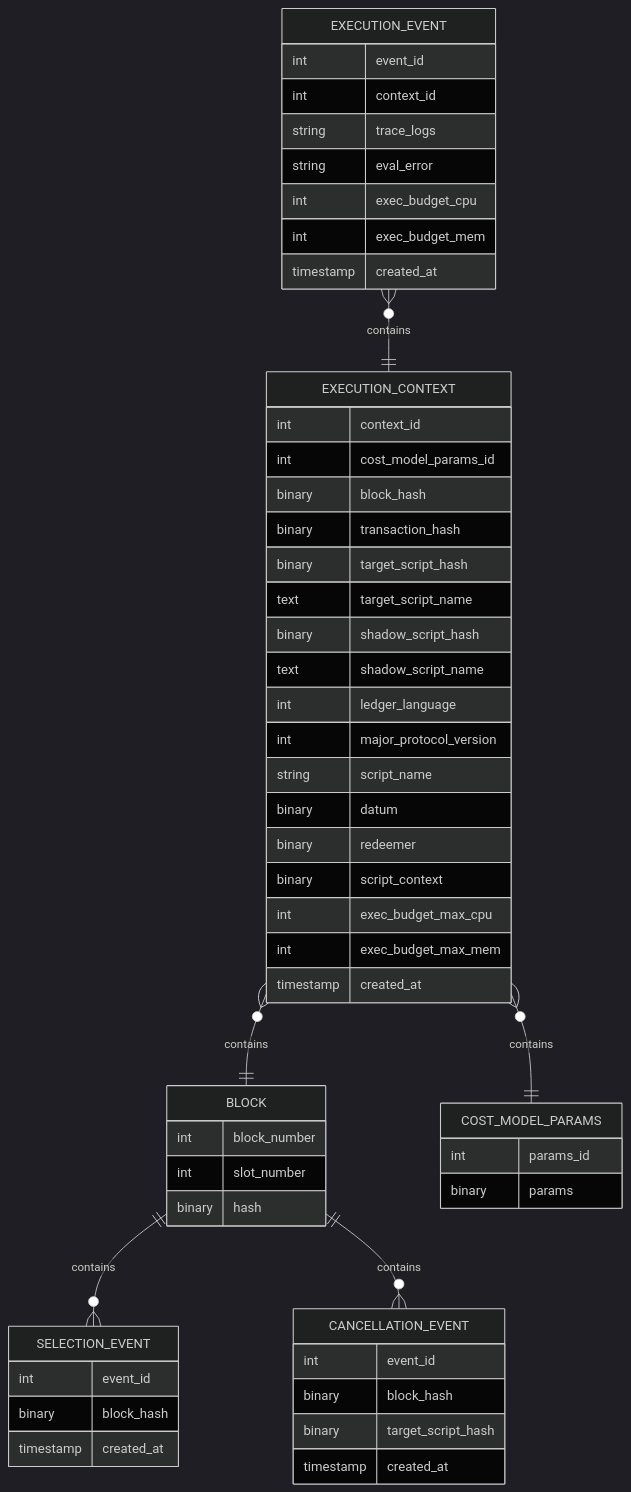
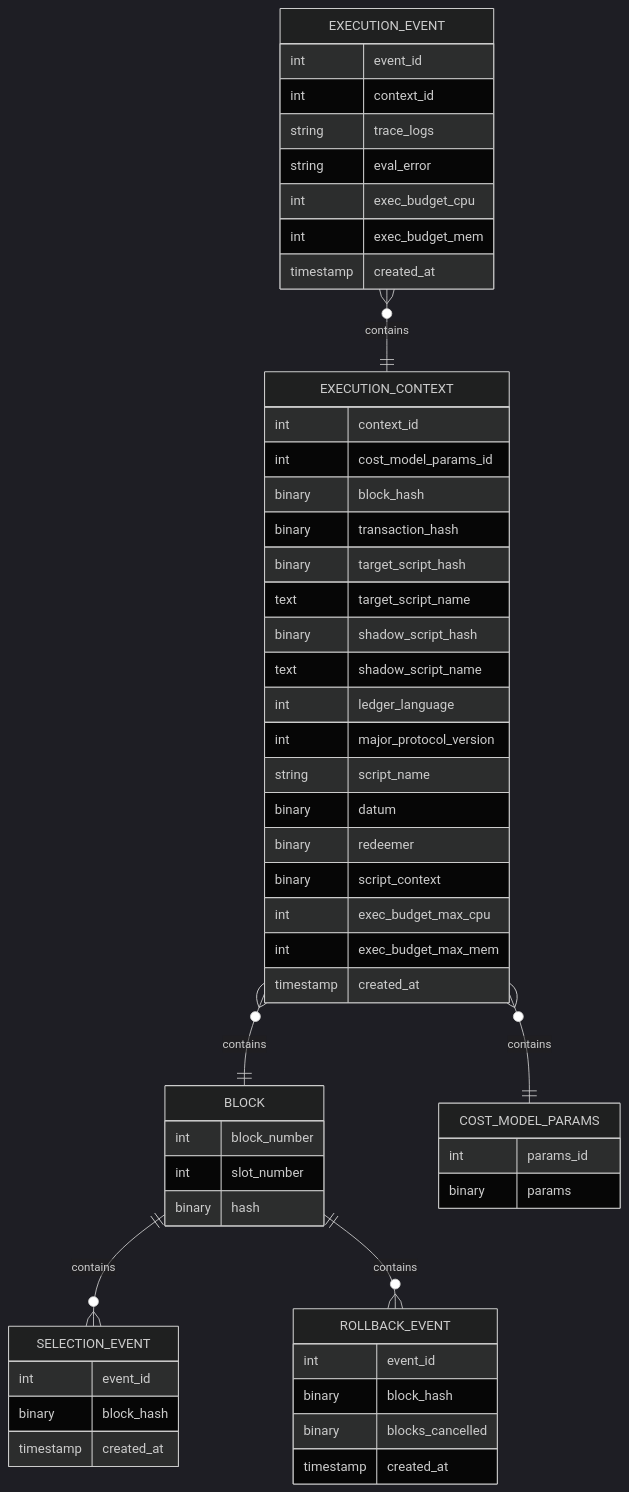
Before and after one commit to tweag/plutus-script-reexecutor: the second of 2 diagrams in docs/specification.md, drawn with Mermaid (dark theme). The commit also changed other lines of this file and 3 other files, not shown here.

Commit message:
Rename cancellation to rollback

````diff
--- a/docs/specification.md
+++ b/docs/specification.md
@@ -470,56 +470,56 @@
 ```mermaid
 erDiagram
     EXECUTION_CONTEXT }o--|| BLOCK : contains
     EXECUTION_EVENT }o--|| EXECUTION_CONTEXT : contains
     EXECUTION_CONTEXT {
         int context_id
         int cost_model_params_id
         binary block_hash
         binary transaction_hash
         binary target_script_hash
         text target_script_name
         binary shadow_script_hash
         text shadow_script_name
         int ledger_language
         int major_protocol_version
         string script_name
-        binary datum 
-        binary redeemer 
+        binary datum
+        binary redeemer
         binary script_context
         int exec_budget_max_cpu
-        int exec_budget_max_mem 
+        int exec_budget_max_mem
         timestamp created_at
     }
     EXECUTION_EVENT {
-        int event_id 
-        int context_id 
+        int event_id
+        int context_id
         string trace_logs
-        string eval_error 
+        string eval_error
         int exec_budget_cpu
-        int exec_budget_mem 
+        int exec_budget_mem
         timestamp created_at
     }
     COST_MODEL_PARAMS {
         int params_id
         binary params
     }
     EXECUTION_CONTEXT }o--|| COST_MODEL_PARAMS : contains
     BLOCK ||--o{ SELECTION_EVENT : contains
-    BLOCK ||--o{ CANCELLATION_EVENT : contains
+    BLOCK ||--o{ ROLLBACK_EVENT : contains
     BLOCK {
         int block_number
         int slot_number
         binary hash
     }
     SELECTION_EVENT {
-        int event_id 
+        int event_id
         binary block_hash
         timestamp created_at
     }
-    CANCELLATION_EVENT {
-        int event_id 
+    ROLLBACK_EVENT {
+        int event_id
         binary block_hash
-        binary target_script_hash 
+        binary blocks_cancelled
         timestamp created_at
     }
 ```
````
